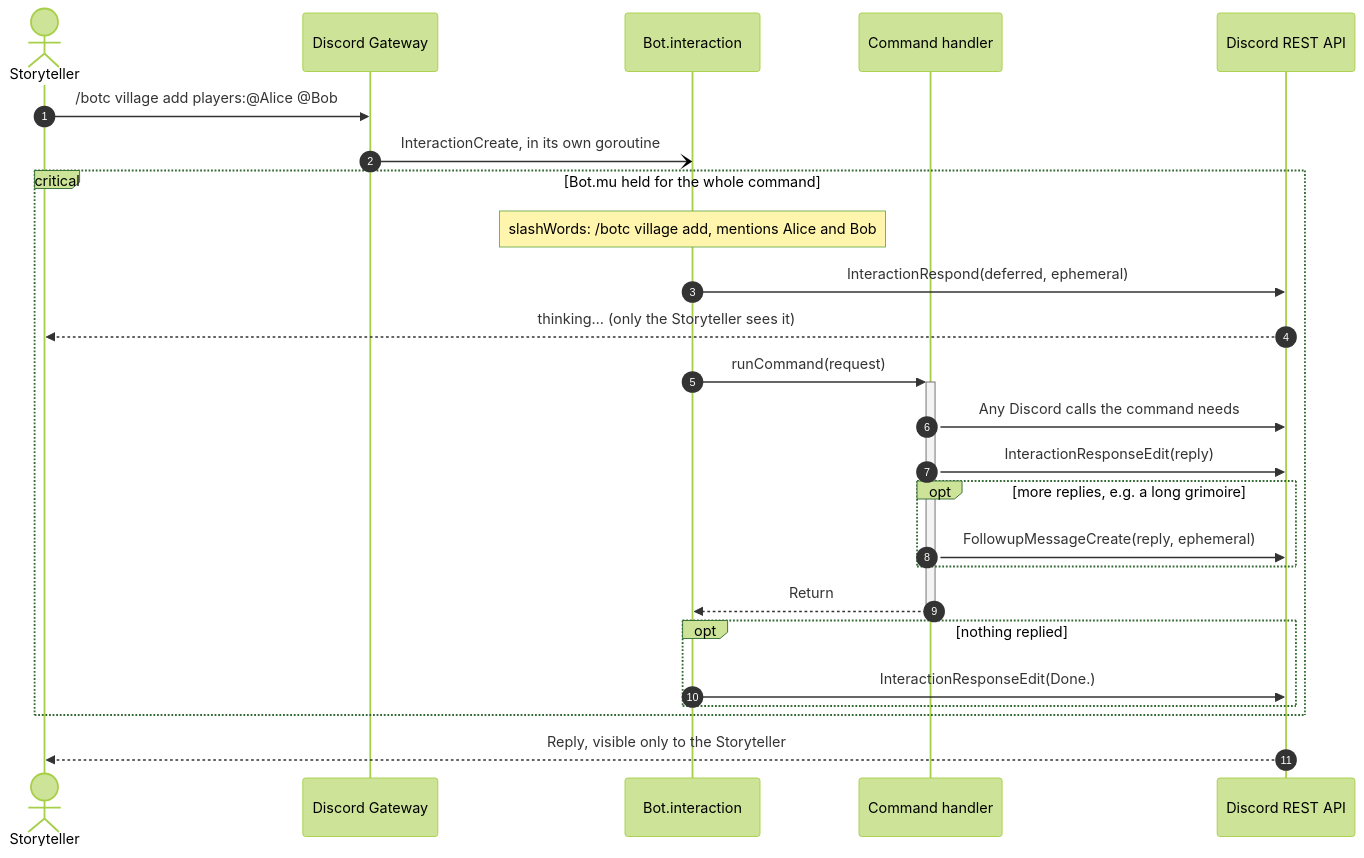
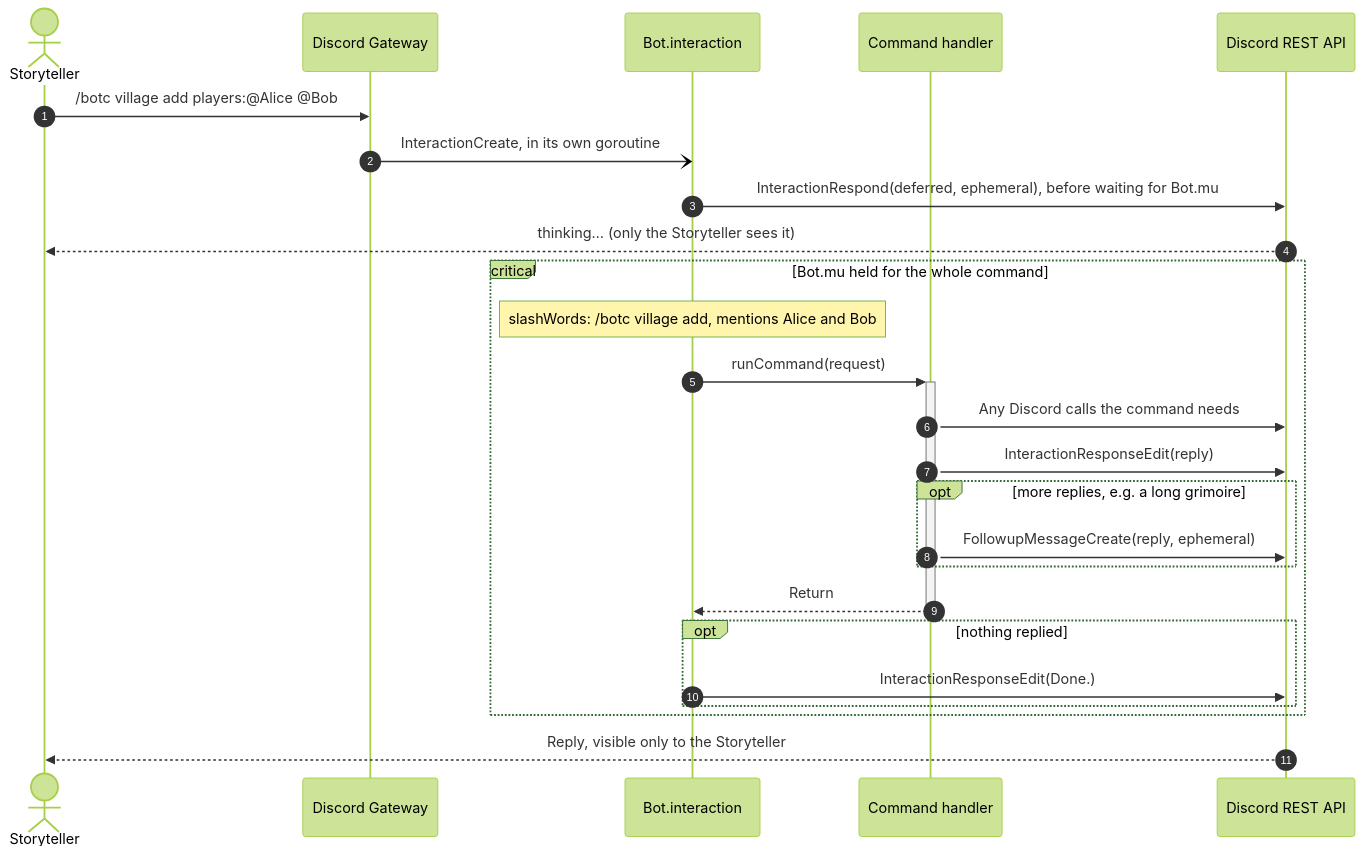
The fourth of 6 diagrams in docs/uml/command-dispatch.md (RAGNOARAKNOS/BotOnTheClocktower), drawn with Mermaid (forest theme) before and after one commit. The commit also changed other lines of this file and 32 other files, not shown here.

````diff
--- a/docs/uml/command-dispatch.md
+++ b/docs/uml/command-dispatch.md
@@ -134,28 +133,28 @@
 ```mermaid
 sequenceDiagram
     autonumber
     actor ST as Storyteller
     participant Gateway as Discord Gateway
     participant Bot as Bot.interaction
     participant Handler as Command handler
     participant REST as Discord REST API
 
     ST->>Gateway: /botc village add players:@Alice @Bob
     Gateway-)Bot: InteractionCreate, in its own goroutine
+    Bot->>REST: InteractionRespond(deferred, ephemeral), before waiting for Bot.mu
+    REST-->>ST: thinking… (only the Storyteller sees it)
     critical Bot.mu held for the whole command
         Note over Bot: slashWords: /botc village add, mentions Alice and Bob
-        Bot->>REST: InteractionRespond(deferred, ephemeral)
-        REST-->>ST: thinking… (only the Storyteller sees it)
         Bot->>+Handler: runCommand(request)
         Handler->>REST: Any Discord calls the command needs
         Handler->>REST: InteractionResponseEdit(reply)
         opt more replies, e.g. a long grimoire
             Handler->>REST: FollowupMessageCreate(reply, ephemeral)
         end
         Handler-->>-Bot: Return
         opt nothing replied
             Bot->>REST: InteractionResponseEdit(Done.)
         end
     end
     REST-->>ST: Reply, visible only to the Storyteller
 ```
````
